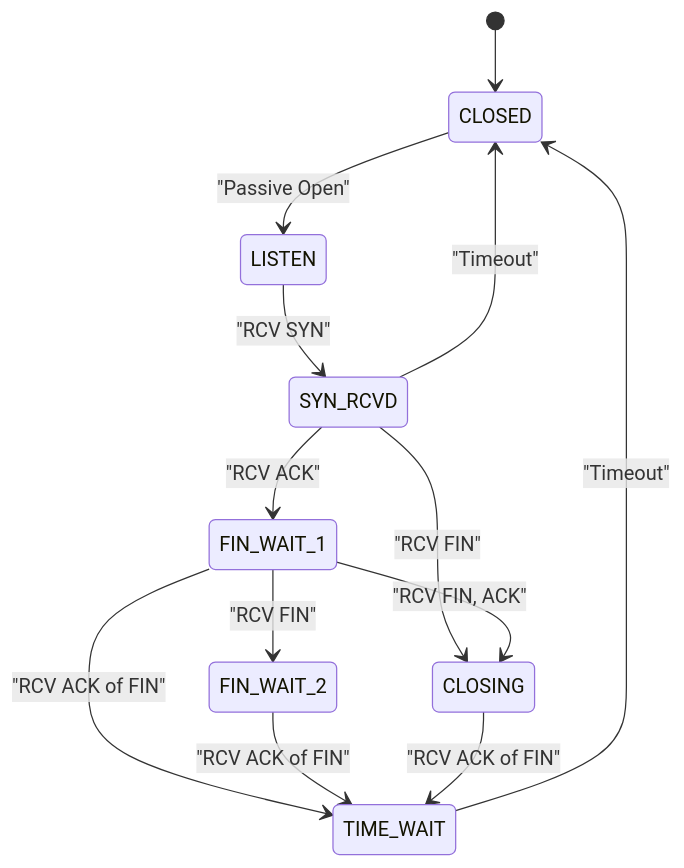
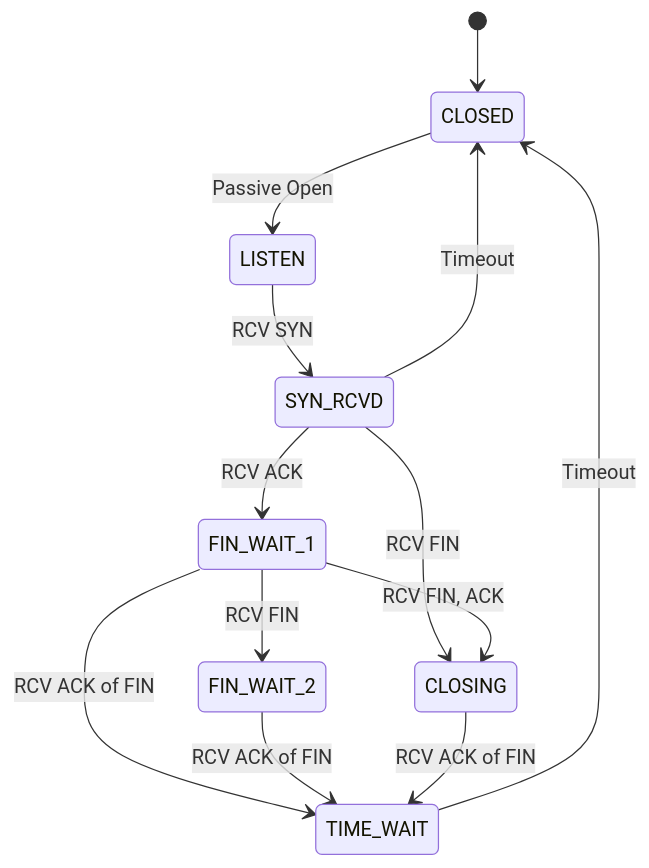
Before and after one commit to emmahone/TCP-State-machine: the fourth of 5 diagrams in README.md, drawn with Mermaid.

Commit message:
Fix formatting in passive close flow

````diff
--- a/README.md
+++ b/README.md
@@ -214,15 +214,15 @@
 ```mermaid
 stateDiagram-v2
   [*] --> CLOSED
-  CLOSED --> LISTEN : "Passive Open"
-  LISTEN --> SYN_RCVD : "RCV SYN"
-  SYN_RCVD --> FIN_WAIT_1 : "RCV ACK"
-  SYN_RCVD --> CLOSED : "Timeout"
-  SYN_RCVD --> CLOSING : "RCV FIN"
-  FIN_WAIT_1 --> FIN_WAIT_2 : "RCV FIN"
-  FIN_WAIT_1 --> CLOSING : "RCV FIN, ACK"
-  FIN_WAIT_1 --> TIME_WAIT : "RCV ACK of FIN"
-  FIN_WAIT_2 --> TIME_WAIT : "RCV ACK of FIN"
-  CLOSING --> TIME_WAIT : "RCV ACK of FIN"
-  TIME_WAIT --> CLOSED : "Timeout"
+  CLOSED --> LISTEN : Passive Open
+  LISTEN --> SYN_RCVD : RCV SYN
+  SYN_RCVD --> FIN_WAIT_1 : RCV ACK
+  SYN_RCVD --> CLOSED : Timeout
+  SYN_RCVD --> CLOSING : RCV FIN
+  FIN_WAIT_1 --> FIN_WAIT_2 : RCV FIN
+  FIN_WAIT_1 --> CLOSING : RCV FIN, ACK
+  FIN_WAIT_1 --> TIME_WAIT : RCV ACK of FIN
+  FIN_WAIT_2 --> TIME_WAIT : RCV ACK of FIN
+  CLOSING --> TIME_WAIT : RCV ACK of FIN
+  TIME_WAIT --> CLOSED : Timeout
 ```
````
